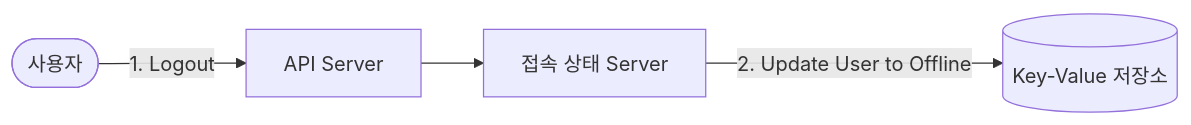
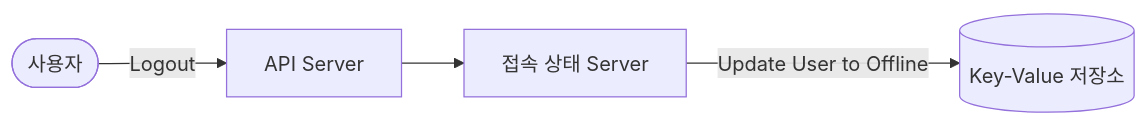
The second of 4 diagrams in collections/_skills/system-design/presense-check.md (choesimin/choesimin.github.io), drawn with Mermaid before and after one commit. The commit also changed other lines of this file and 1 other file, not shown here.

````diff
--- a/collections/_skills/system-design/presense-check.md
+++ b/collections/_skills/system-design/presense-check.md
@@ -55,10 +55,10 @@
 ```mermaid
 flowchart LR
 
 user([사용자])
 api_server[API Server]
 presense_server[접속 상태 Server]
 store[(Key-Value 저장소)]
 
-user -->|1. Logout| api_server --> presense_server -->|2. Update User to Offline| store
+user -->|Logout| api_server --> presense_server -->|Update User to Offline| store
 ```
````
